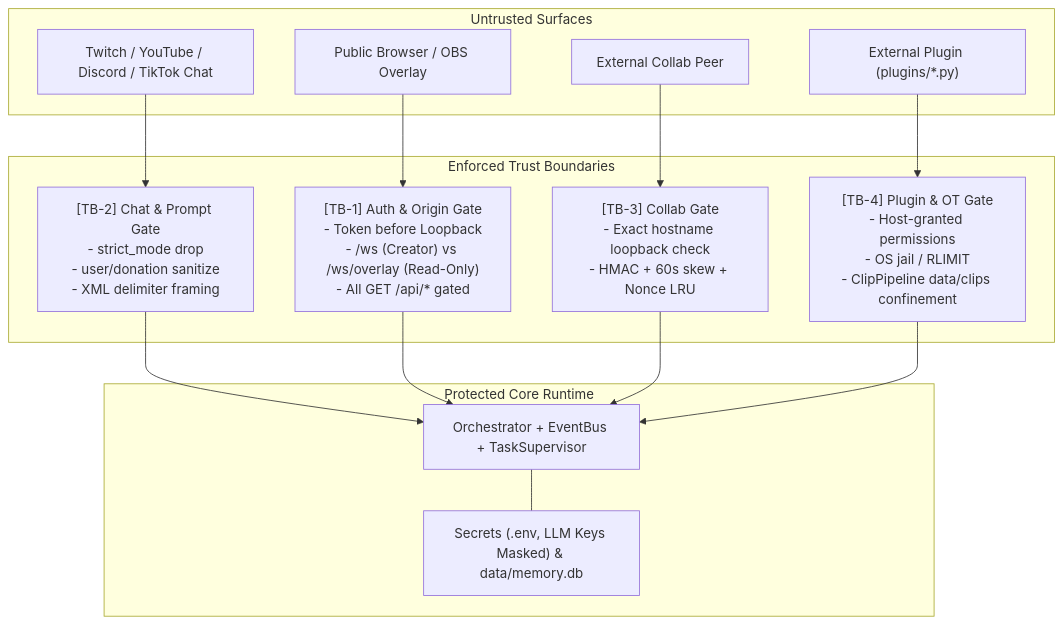
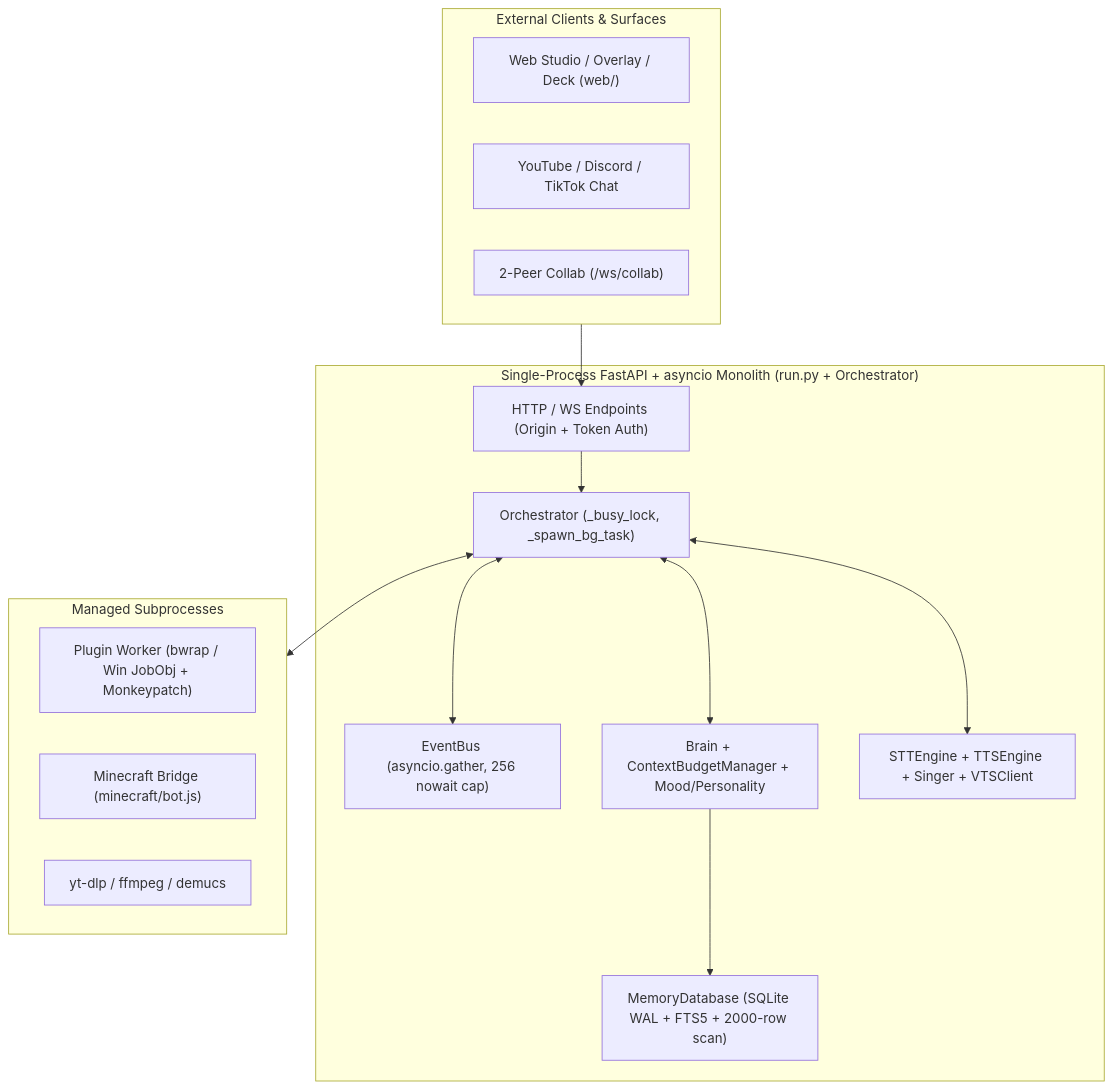
Before and after one commit to EvanHaaaaa/MaybeAI: the first of 10 diagrams in strategy/FUTURE_STATE_ARCHITECTURE.md, drawn with Mermaid. The commit also changed other lines of this file and 37 other files, not shown here.

````diff
--- a/strategy/FUTURE_STATE_ARCHITECTURE.md
+++ b/strategy/FUTURE_STATE_ARCHITECTURE.md
@@ -33,27 +50,26 @@
 ```mermaid
-flowchart TD
-    subgraph Untrusted["Untrusted Surfaces"]
-        Chat["Twitch / YouTube / Discord / TikTok Chat"]
-        PubWS["Public Browser / OBS Overlay"]
-        CollabPeer["External Collab Peer"]
-        ExtPlugin["External Plugin (plugins/*.py)"]
+flowchart TB
+    subgraph Clients["External Clients & Surfaces"]
+        Web["Web Studio / Overlay / Deck (web/)"]
+        Chat["YouTube / Discord / TikTok Chat"]
+        Peer["2-Peer Collab (/ws/collab)"]
     end
-
-    subgraph TB["Enforced Trust Boundaries"]
-        TB1["[TB-1] Auth & Origin Gate\n- Token before Loopback\n- /ws (Creator) vs /ws/overlay (Read-Only)\n- All GET /api/* gated"]
-        TB2["[TB-2] Chat & Prompt Gate\n- strict_mode drop\n- user/donation sanitize\n- XML delimiter framing"]
-        TB3["[TB-3] Collab Gate\n- Exact hostname loopback check\n- HMAC + 60s skew + Nonce LRU"]
-        TB4["[TB-4] Plugin & OT Gate\n- Host-granted permissions\n- OS jail / RLIMIT\n- ClipPipeline data/clips confinement"]
+    subgraph Monolith["Single-Process FastAPI + asyncio Monolith (run.py + Orchestrator)"]
+        WS["HTTP / WS Endpoints (Origin + Token Auth)"]
+        Bus["EventBus (asyncio.gather, 256 nowait cap)"]
+        Orch["Orchestrator (_busy_lock, _spawn_bg_task)"]
+        Cog["Brain + ContextBudgetManager + Mood/Personality"]
+        Mem["MemoryDatabase (SQLite WAL + FTS5 + 2000-row scan)"]
+        Audio["STTEngine + TTSEngine + Singer + VTSClient"]
     end
-
-    subgraph Core["Protected Core Runtime"]
-        Orch["Orchestrator + EventBus + TaskSupervisor"]
-        Vault["Secrets (.env, LLM Keys Masked) & data/memory.db"]
+    subgraph Subprocs["Managed Subprocesses"]
+        Plug["Plugin Worker (bwrap / Win JobObj + Monkeypatch)"]
+        MC["Minecraft Bridge (minecraft/bot.js)"]
+        Media["yt-dlp / ffmpeg / demucs"]
     end
-
-    Chat --> TB2 --> Orch
-    PubWS --> TB1 --> Orch
-    CollabPeer --> TB3 --> Orch
-    ExtPlugin --> TB4 --> Orch
-    Orch --- Vault
+    Clients --> WS --> Orch
+    Orch <--> Bus
+    Orch <--> Cog --> Mem
+    Orch <--> Audio
+    Orch <--> Subprocs
 ```
````
